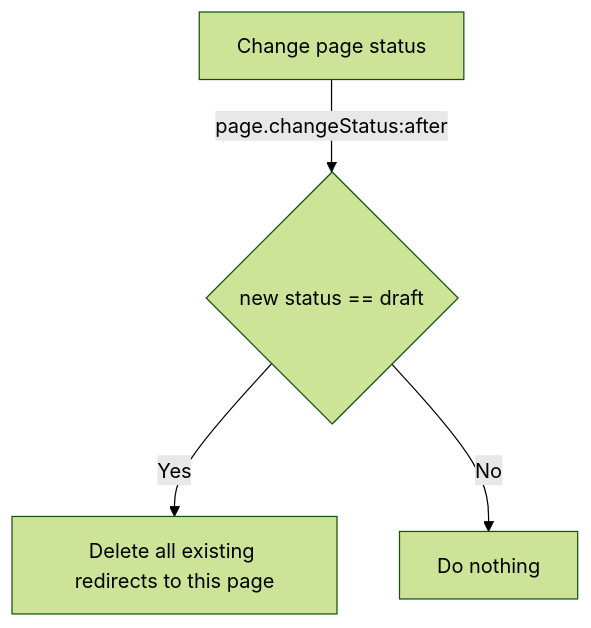
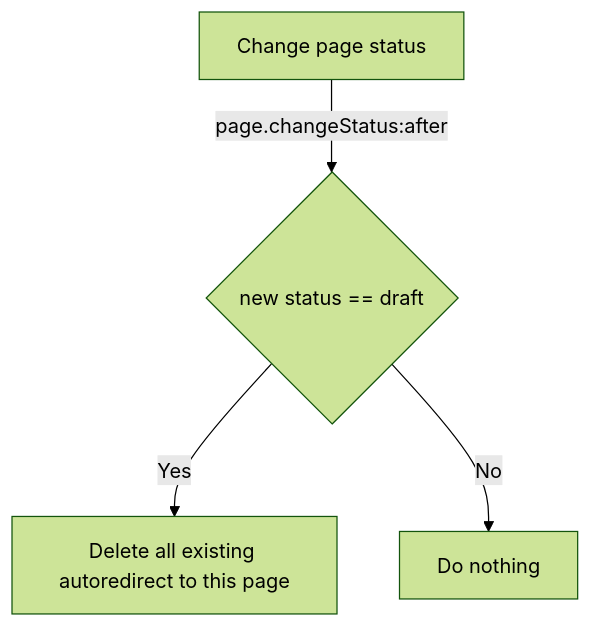
Before and after one commit to bvdputte/kirby-redirects: the third of 5 diagrams in readme.md, drawn with Mermaid (forest theme). The commit also changed other lines of this file, not shown here.

````diff
--- a/readme.md
+++ b/readme.md
@@ -98,7 +98,7 @@
 ```mermaid
 graph TD
     A[Change page status] -->|page.changeStatus:after| B
     B{new status == draft}
-    B --> |Yes| C[Delete all existing redirects to this page]
+    B --> |Yes| C[Delete all existing autoredirect to this page]
     B --> |No| D[Do nothing]
 ```
````
